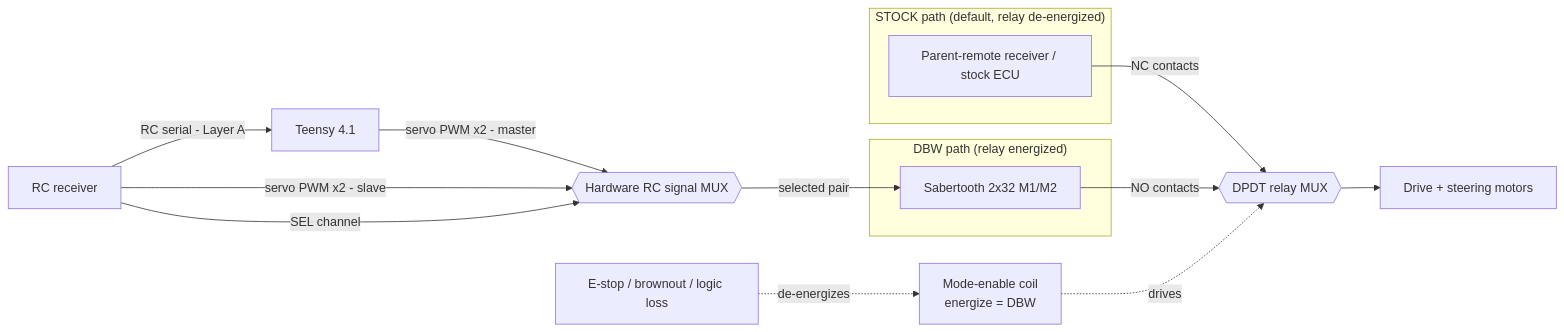
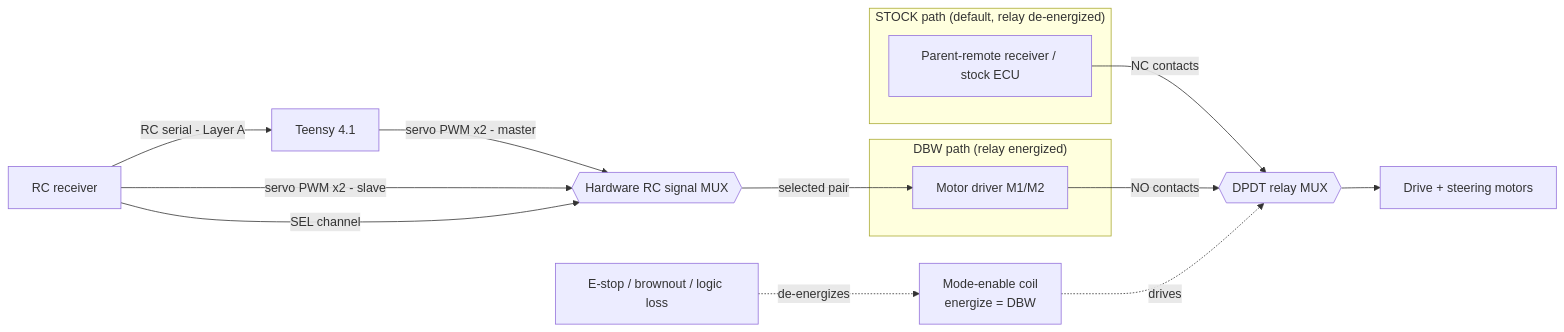
The diagram in docs/design/dbw.md (jrkwon/mrider), drawn with Mermaid before and after one commit. The commit also changed other lines of this file and 4 other files, not shown here.

````diff
--- a/docs/design/dbw.md
+++ b/docs/design/dbw.md
@@ -411,19 +411,19 @@
 ```mermaid
 flowchart LR
     subgraph STOCK["STOCK path (default, relay de-energized)"]
       PR[Parent-remote receiver / stock ECU]
     end
     subgraph DBW["DBW path (relay energized)"]
-      SB[Sabertooth 2x32 M1/M2]
+      SB[Motor driver M1/M2]
     end
     TEENSY[Teensy 4.1] -->|servo PWM x2 - master| SMUX{{Hardware RC signal MUX}}
     RC[RC receiver] -->|RC serial - Layer A| TEENSY
     RC -->|servo PWM x2 - slave| SMUX
     RC -->|SEL channel| SMUX
     SMUX -->|selected pair| SB
     PR -->|NC contacts| RLY{{DPDT relay MUX}}
     SB -->|NO contacts| RLY
     EN[Mode-enable coil<br/>energize = DBW] -.drives.-> RLY
     RLY --> MOT[Drive + steering motors]
     ESTOP[E-stop / brownout / logic loss] -.de-energizes.-> EN
 ```
````
